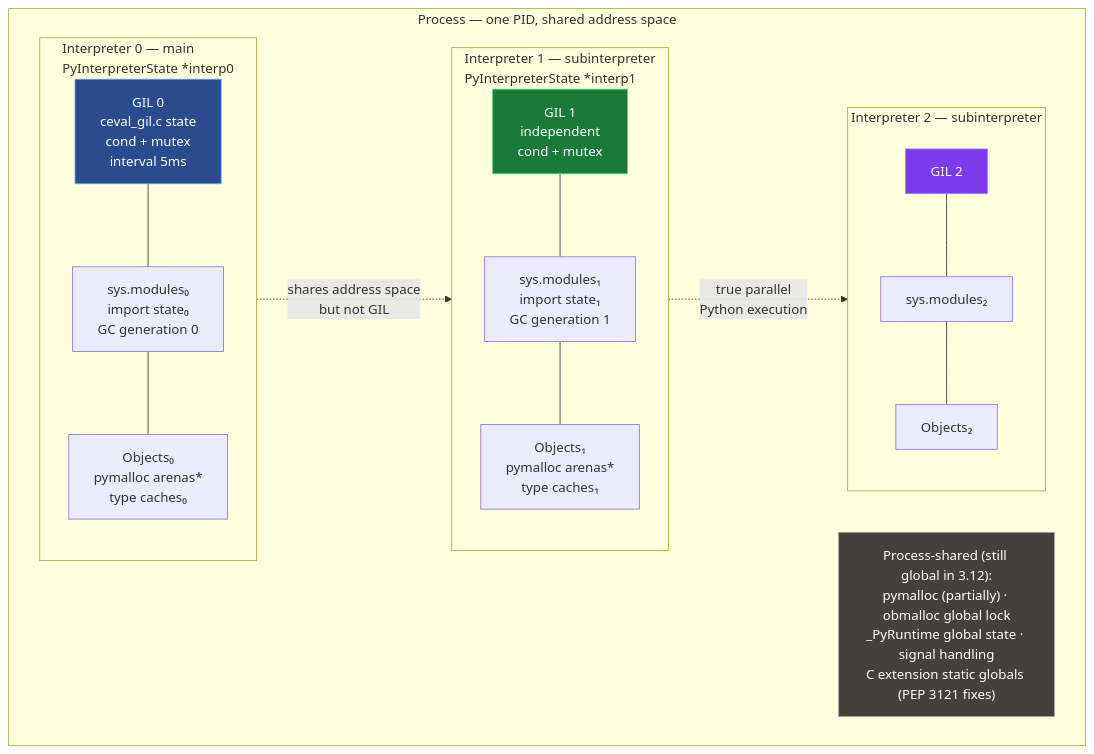
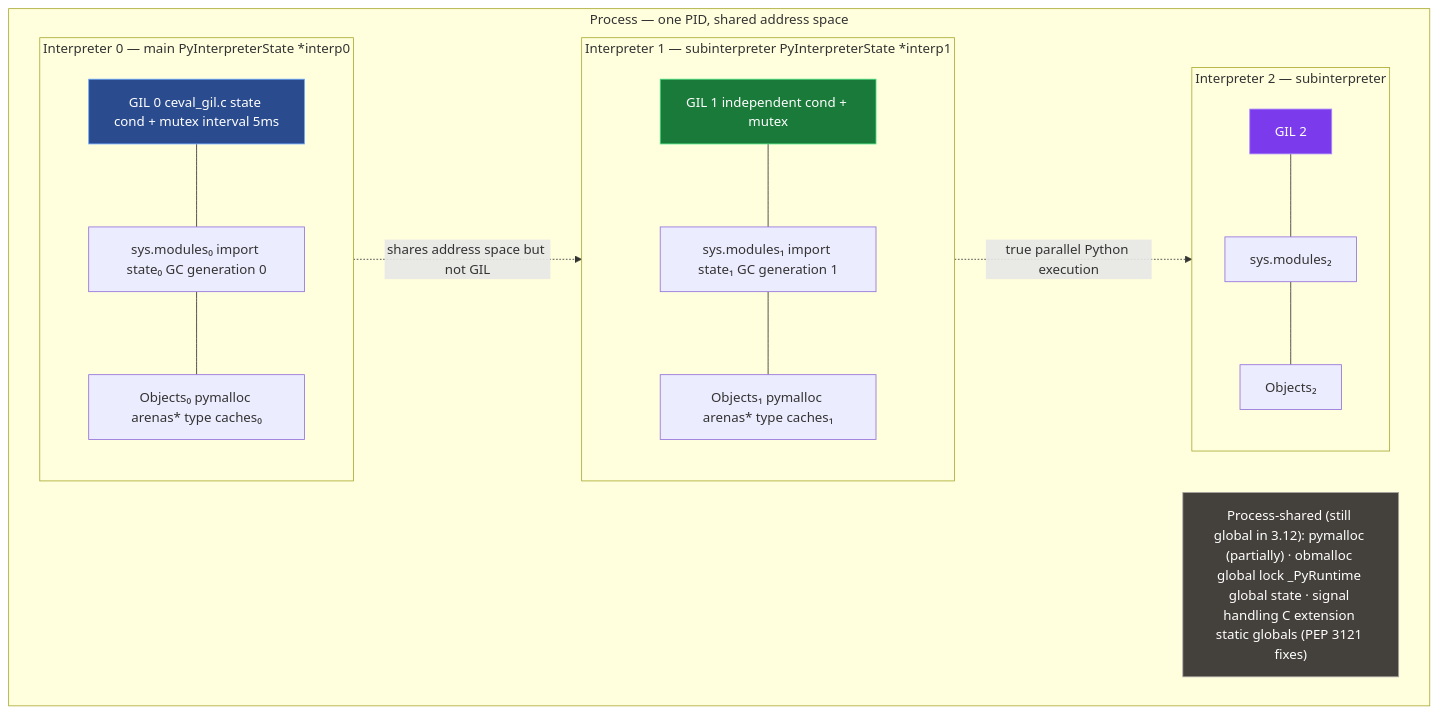
The fourth of 8 diagrams in vol-16-python-cpython-internals/ch05-gil.md (bumbsclaw/textbooks), drawn with Mermaid before and after one commit. The commit also changed other lines of this file and 9 other files, not shown here.

First line of the commit message:
fix(pdf, mermaid): syntax-highlighted code blocks + diagram label fixes

````diff
--- a/vol-16-python-cpython-internals/ch05-gil.md
+++ b/vol-16-python-cpython-internals/ch05-gil.md
@@ -425,35 +425,35 @@
 ```mermaid
 flowchart TB
     subgraph PROC["Process — one PID, shared address space"]
-        subgraph INTERP0["Interpreter 0 — main<br/>PyInterpreterState *interp0"]
-            GIL0["GIL 0<br/>ceval_gil.c state<br/>cond + mutex<br/>interval 5ms"]
-            MODS0["sys.modules₀<br/>import state₀<br/>GC generation 0"]
-            OBJ0["Objects₀<br/>pymalloc arenas*<br/>type caches₀"]
+        subgraph INTERP0["Interpreter 0 — main PyInterpreterState *interp0"]
+            GIL0["GIL 0 ceval_gil.c state cond + mutex interval 5ms"]
+            MODS0["sys.modules₀ import state₀ GC generation 0"]
+            OBJ0["Objects₀ pymalloc arenas* type caches₀"]
             GIL0 --- MODS0
             MODS0 --- OBJ0
         end
-        subgraph INTERP1["Interpreter 1 — subinterpreter<br/>PyInterpreterState *interp1"]
-            GIL1["GIL 1<br/>independent<br/>cond + mutex"]
-            MODS1["sys.modules₁<br/>import state₁<br/>GC generation 1"]
-            OBJ1["Objects₁<br/>pymalloc arenas*<br/>type caches₁"]
+        subgraph INTERP1["Interpreter 1 — subinterpreter PyInterpreterState *interp1"]
+            GIL1["GIL 1 independent cond + mutex"]
+            MODS1["sys.modules₁ import state₁ GC generation 1"]
+            OBJ1["Objects₁ pymalloc arenas* type caches₁"]
             GIL1 --- MODS1
             MODS1 --- OBJ1
         end
         subgraph INTERP2["Interpreter 2 — subinterpreter"]
             GIL2["GIL 2"]
             MODS2["sys.modules₂"]
             OBJ2["Objects₂"]
             GIL2 --- MODS2
             MODS2 --- OBJ2
         end
-        SHARED["Process-shared (still global in 3.12):<br/>pymalloc (partially) · obmalloc global lock<br/>_PyRuntime global state · signal handling<br/>C extension static globals (PEP 3121 fixes)"]
+        SHARED["Process-shared (still global in 3.12): pymalloc (partially) · obmalloc global lock _PyRuntime global state · signal handling C extension static globals (PEP 3121 fixes)"]
     end
 
-    INTERP0 -.->|shares address space<br/>but not GIL| INTERP1
-    INTERP1 -.->|true parallel<br/>Python execution| INTERP2
+    INTERP0 -.->|shares address space but not GIL| INTERP1
+    INTERP1 -.->|true parallel Python execution| INTERP2
 
     style GIL0 fill:#2a4b8d,stroke:#6ea8fe,color:#fff
     style GIL1 fill:#1a7a3a,stroke:#4ade80,color:#fff
     style GIL2 fill:#7c3aed,stroke:#a78bfa,color:#fff
     style SHARED fill:#44403c,stroke:#a8a29e,color:#fff
 ```
````
